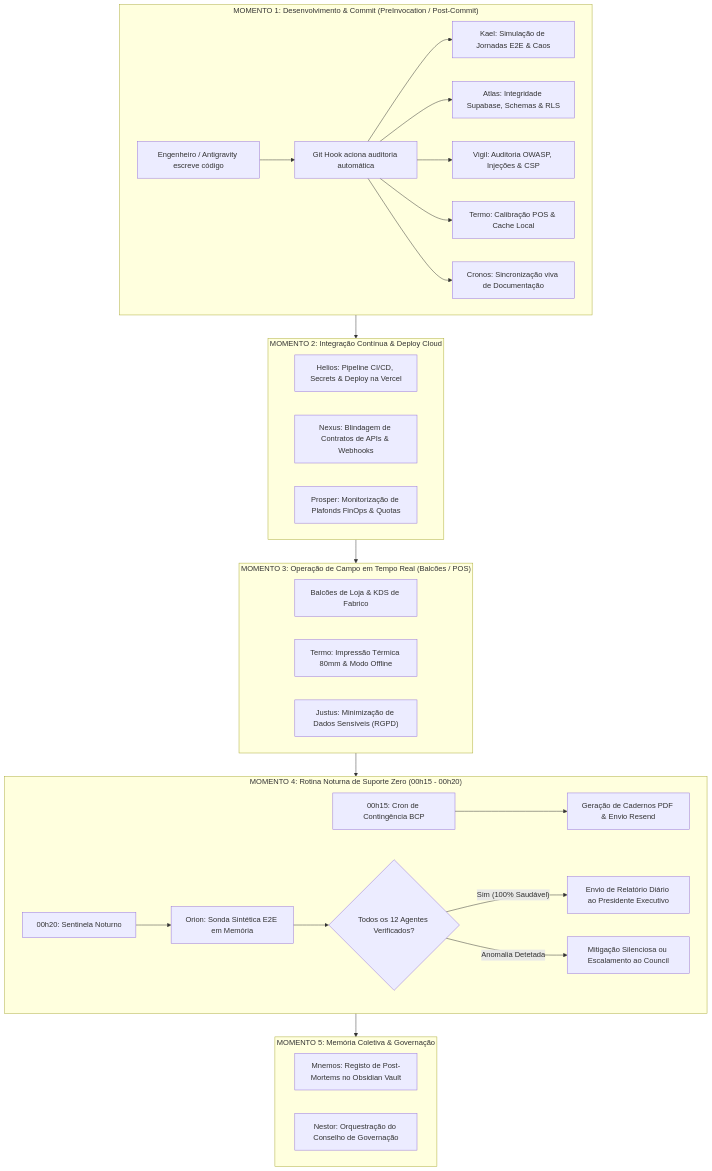
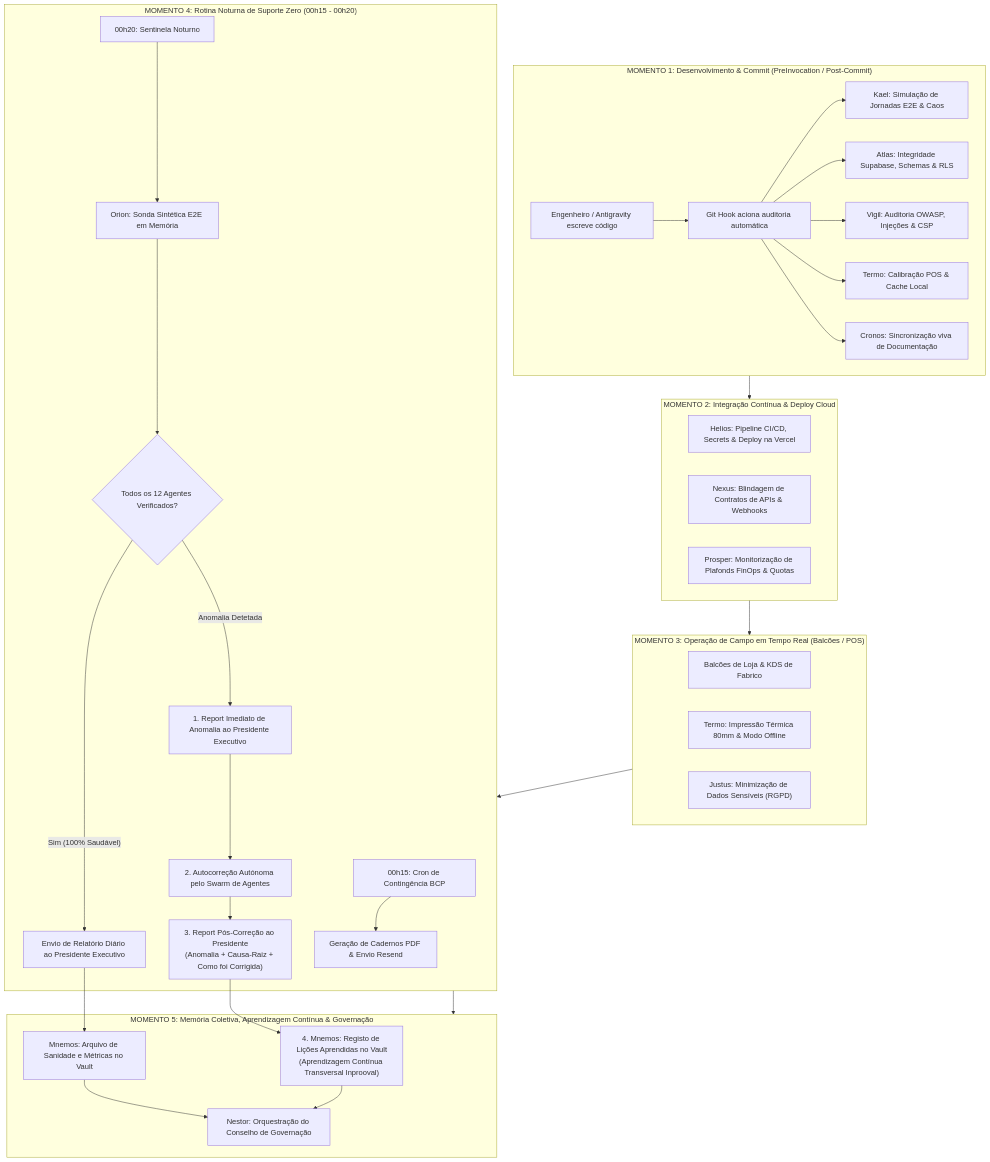
Before and after one commit to lfcarreiras/App-Padaria: the first of 3 diagrams in docs/06_Relatorio_Auditoria_Bulletproof_Swarm.md, drawn with Mermaid. The commit also changed other lines of this file and 4 other files, not shown here.

Commit message:
docs(swarm): atualizar fluxo de anomalias com report ao presidente, autocorrecao e aprendizagem continua

````diff
--- a/docs/06_Relatorio_Auditoria_Bulletproof_Swarm.md
+++ b/docs/06_Relatorio_Auditoria_Bulletproof_Swarm.md
@@ -35,41 +35,45 @@
 ```mermaid
 flowchart TD
     subgraph T1 ["MOMENTO 1: Desenvolvimento & Commit (PreInvocation / Post-Commit)"]
         DEV["Engenheiro / Antigravity escreve código"] --> HOOK["Git Hook aciona auditoria automática"]
         HOOK --> Kael_Audit["Kael: Simulação de Jornadas E2E & Caos"]
         HOOK --> Atlas_Audit["Atlas: Integridade Supabase, Schemas & RLS"]
         HOOK --> Vigil_Audit["Vigil: Auditoria OWASP, Injeções & CSP"]
         HOOK --> Termo_Audit["Termo: Calibração POS & Cache Local"]
         HOOK --> Cronos_Audit["Cronos: Sincronização viva de Documentação"]
     end
 
     subgraph T2 ["MOMENTO 2: Integração Contínua & Deploy Cloud"]
         Helios_CI["Helios: Pipeline CI/CD, Secrets & Deploy na Vercel"]
         Nexus_CI["Nexus: Blindagem de Contratos de APIs & Webhooks"]
         Prosper_CI["Prosper: Monitorização de Plafonds FinOps & Quotas"]
     end
 
     subgraph T3 ["MOMENTO 3: Operação de Campo em Tempo Real (Balcões / POS)"]
         BALCAO["Balcões de Loja & KDS de Fabrico"]
         Termo_Live["Termo: Impressão Térmica 80mm & Modo Offline"]
         Justus_Live["Justus: Minimização de Dados Sensíveis (RGPD)"]
     end
 
     subgraph T4 ["MOMENTO 4: Rotina Noturna de Suporte Zero (00h15 - 00h20)"]
         CRON15["00h15: Cron de Contingência BCP"] --> PDFS["Geração de Cadernos PDF & Envio Resend"]
         CRON20["00h20: Sentinela Noturno"] --> Orion_Run["Orion: Sonda Sintética E2E em Memória"]
         Orion_Run --> Check_All{"Todos os 12 Agentes Verificados?"}
         Check_All -- "Sim (100% Saudável)" --> Email_OK["Envio de Relatório Diário ao Presidente Executivo"]
-        Check_All -- "Anomalia Detetada" --> Auto_Fix["Mitigação Silenciosa ou Escalamento ao Council"]
+        Check_All -- "Anomalia Detetada" --> ALERTA_PRES["1. Report Imediato de Anomalia ao Presidente Executivo"]
+        ALERTA_PRES --> AUTO_HEAL_M4["2. Autocorreção Autónoma pelo Swarm de Agentes"]
+        AUTO_HEAL_M4 --> REPORT_POST["3. Report Pós-Correção ao Presidente\n(Anomalia + Causa-Raiz + Como foi Corrigida)"]
     end
 
-    subgraph T5 ["MOMENTO 5: Memória Coletiva & Governação"]
-        Mnemos_Vault["Mnemos: Registo de Post-Mortems no Obsidian Vault"]
-        Nestor_Gov["Nestor: Orquestração do Conselho de Governação"]
+    subgraph T5 ["MOMENTO 5: Memória Coletiva, Aprendizagem Contínua & Governação"]
+        REPORT_POST --> Mnemos_Learn["4. Mnemos: Registo de Lições Aprendidas no Vault\n(Aprendizagem Contínua Transversal Inprooval)"]
+        Email_OK --> Mnemos_Vault["Mnemos: Arquivo de Sanidade e Métricas no Vault"]
+        Mnemos_Learn --> Nestor_Gov["Nestor: Orquestração do Conselho de Governação"]
+        Mnemos_Vault --> Nestor_Gov
     end
 
     T1 --> T2
     T2 --> T3
     T3 --> T4
     T4 --> T5
 ```
````
